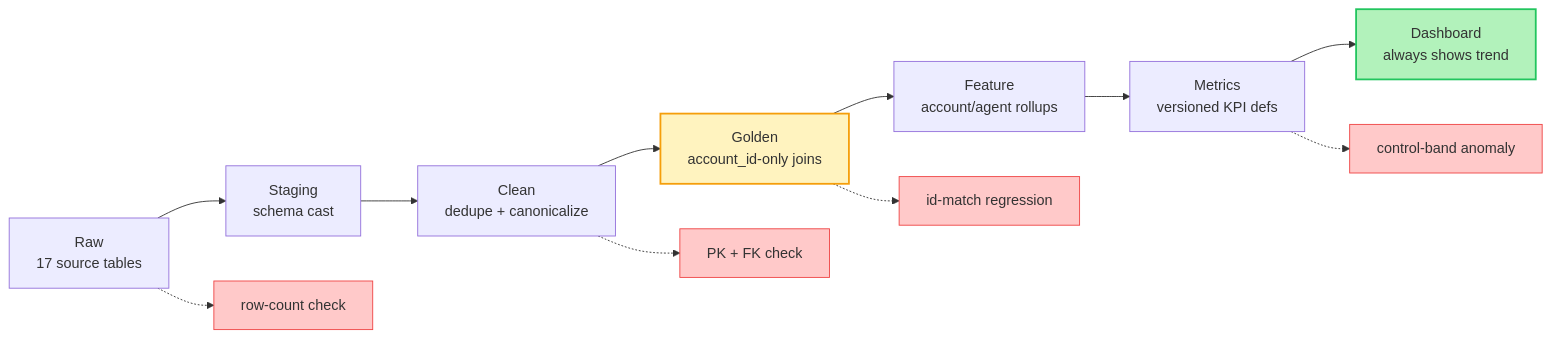
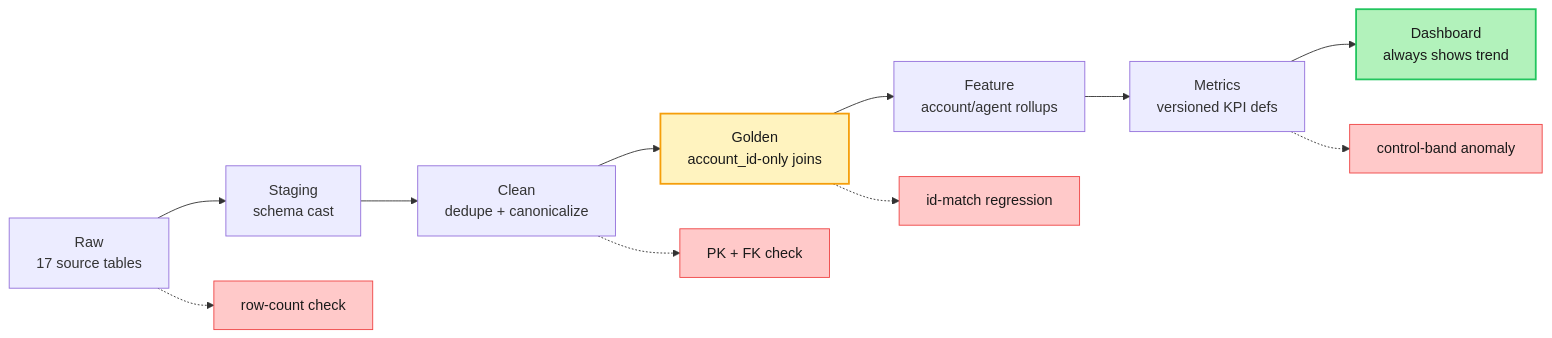
Before and after one commit to arpitagoyal29/credresolve-analysis: the diagram in architecture/architecture.md, drawn with Mermaid.

Commit message:
changes the text color

````diff
--- a/architecture/architecture.md
+++ b/architecture/architecture.md
@@ -1,21 +1,21 @@
 ```mermaid
 flowchart LR
     Raw["Raw<br/>17 source tables"] --> Staging["Staging<br/>schema cast"]
     Staging --> Clean["Clean<br/>dedupe + canonicalize"]
     Clean --> Golden["Golden<br/>account_id-only joins"]
     Golden --> Feature["Feature<br/>account/agent rollups"]
     Feature --> Metrics["Metrics<br/>versioned KPI defs"]
     Metrics --> Dashboard["Dashboard<br/>always shows trend"]
 
     Raw -.-> DQ1["row-count check"]
     Clean -.-> DQ2["PK + FK check"]
     Golden -.-> DQ3["id-match regression"]
     Metrics -.-> DQ4["control-band anomaly"]
 
-    style Golden fill:#fff3bf,stroke:#f59e0b,stroke-width:2px
-    style Dashboard fill:#b2f2bb,stroke:#22c55e,stroke-width:2px
-    style DQ1 fill:#ffc9c9,stroke:#ef4444
-    style DQ2 fill:#ffc9c9,stroke:#ef4444
-    style DQ3 fill:#ffc9c9,stroke:#ef4444
-    style DQ4 fill:#ffc9c9,stroke:#ef4444
+        style Golden fill:#fff3bf,stroke:#f59e0b,stroke-width:2px,color:#1a1a1a
+    style Dashboard fill:#b2f2bb,stroke:#22c55e,stroke-width:2px,color:#1a1a1a
+    style DQ1 fill:#ffc9c9,stroke:#ef4444,color:#1a1a1a
+    style DQ2 fill:#ffc9c9,stroke:#ef4444,color:#1a1a1a
+    style DQ3 fill:#ffc9c9,stroke:#ef4444,color:#1a1a1a
+    style DQ4 fill:#ffc9c9,stroke:#ef4444,color:#1a1a1a
 ```
````
